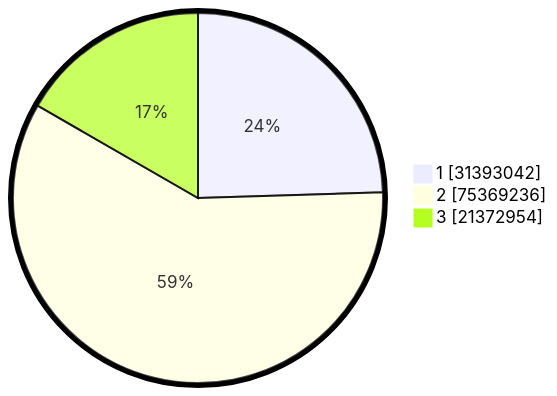
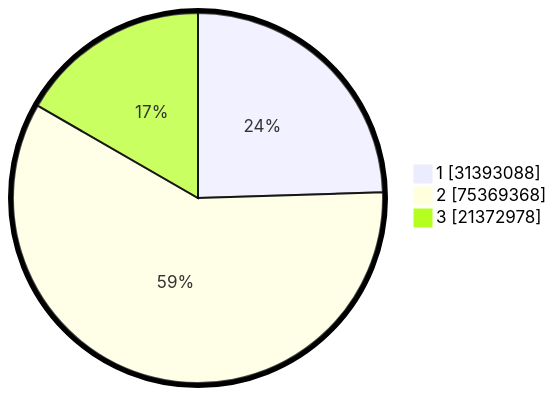
Before and after one commit to gigit-pemilu/pemilu-2024: the second of 2 diagrams in pilpres/hitung-suara/README.md, drawn with Mermaid. The commit also changed other lines of this file and 11 other files, not shown here.

````diff
--- a/pilpres/hitung-suara/README.md
+++ b/pilpres/hitung-suara/README.md
@@ -93,7 +93,7 @@
 ```mermaid
 %%{init: {"pie": {"textPosition": 0.5}, "themeVariables": {"pieOuterStrokeWidth": "5px"}} }%%
 pie showData
-    "1" : 31393042
-    "2" : 75369236
-    "3" : 21372954
+    "1" : 31393088
+    "2" : 75369368
+    "3" : 21372978
 ```
````
